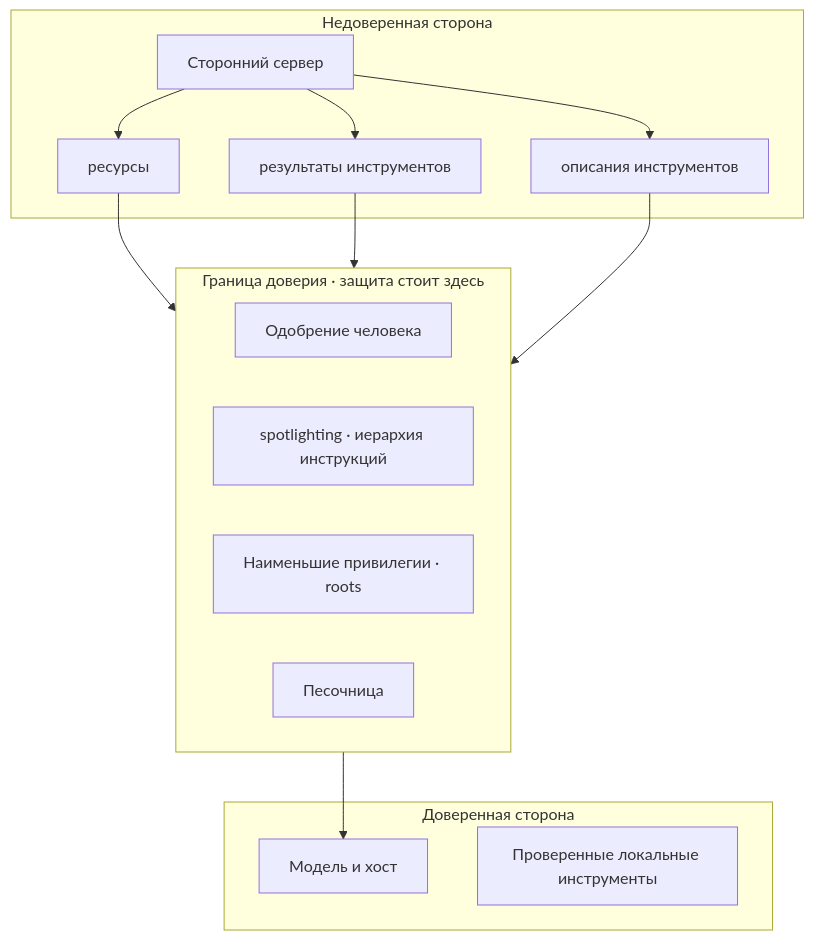
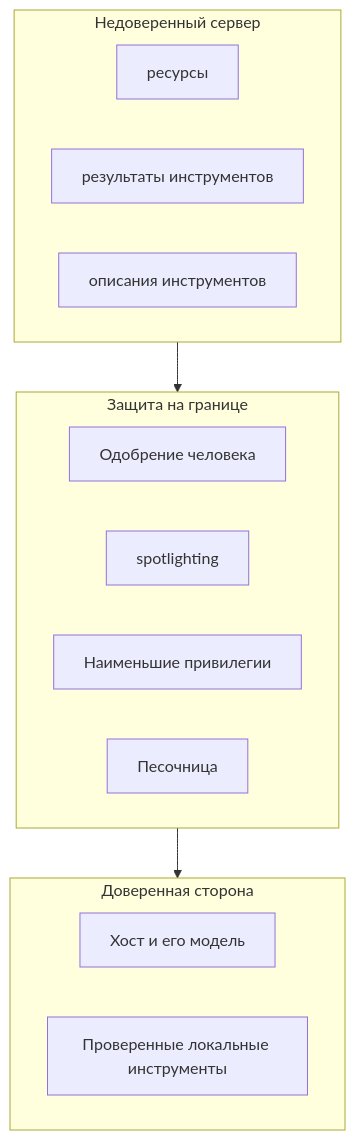
Before and after one commit to NikolaiSachok/ai-engineering-handbook: the second of 2 diagrams in i18n/ru/docusaurus-plugin-content-docs/current/part-2-agents/mcp/deep-dive.md, drawn with Mermaid. The commit also changed other lines of this file and 21 other files, not shown here.

First line of the commit message:
fix(i18n): reconcile 28 drifted diagrams and make the parity gate read inside a fence (#453)

````diff
--- a/i18n/ru/docusaurus-plugin-content-docs/current/part-2-agents/mcp/deep-dive.md
+++ b/i18n/ru/docusaurus-plugin-content-docs/current/part-2-agents/mcp/deep-dive.md
@@ -257,26 +258,19 @@
 ```mermaid
 flowchart TB
-    subgraph Untrusted["Недоверенная сторона"]
-        Srv["Сторонний сервер"]
+    subgraph Untrusted["Недоверенный сервер"]
         R["ресурсы"]
         TR["результаты инструментов"]
         TD["описания инструментов"]
-        Srv --> R
-        Srv --> TR
-        Srv --> TD
     end
-    subgraph Boundary["Граница доверия · защита стоит здесь"]
-        Gate["Одобрение человека"]
-        Spot["spotlighting · иерархия инструкций"]
-        LP["Наименьшие привилегии · roots"]
-        Sand["Песочница"]
+    subgraph Boundary["Защита на границе"]
+        AG["Одобрение человека"]
+        SP["spotlighting"]
+        LP["Наименьшие привилегии"]
+        SB["Песочница"]
     end
     subgraph Trusted["Доверенная сторона"]
-        Model["Модель и хост"]
-        Vetted["Проверенные локальные инструменты"]
+        H["Хост и его модель"]
+        VT["Проверенные локальные инструменты"]
     end
-    R --> Boundary
-    TR --> Boundary
-    TD --> Boundary
-    Boundary --> Model
+    Untrusted --> Boundary --> Trusted
 ```
````
